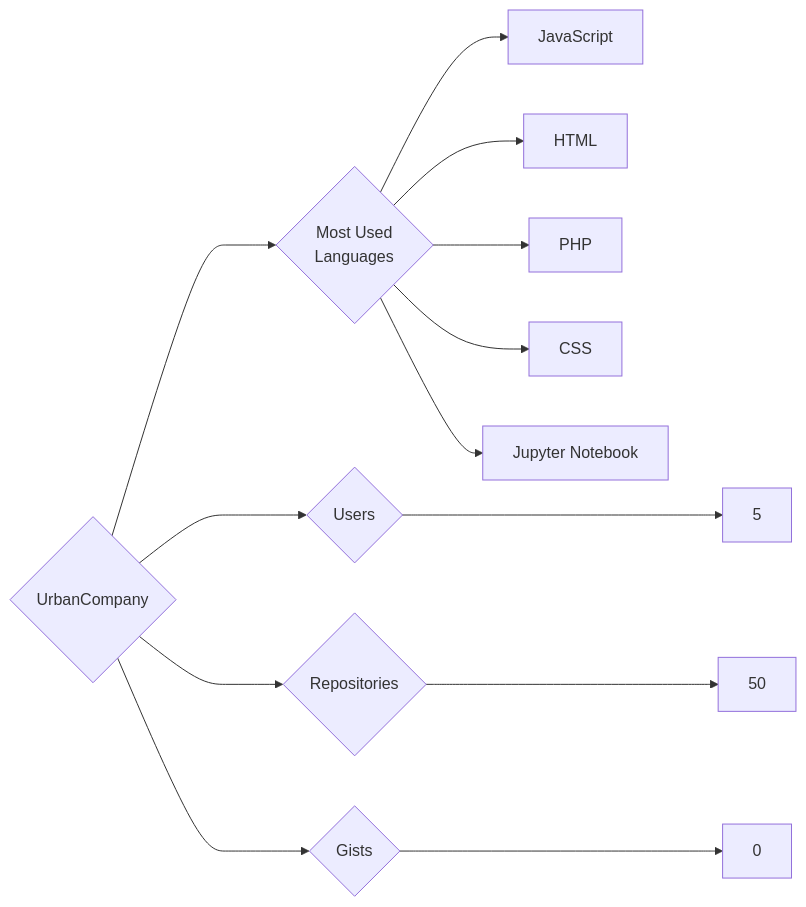
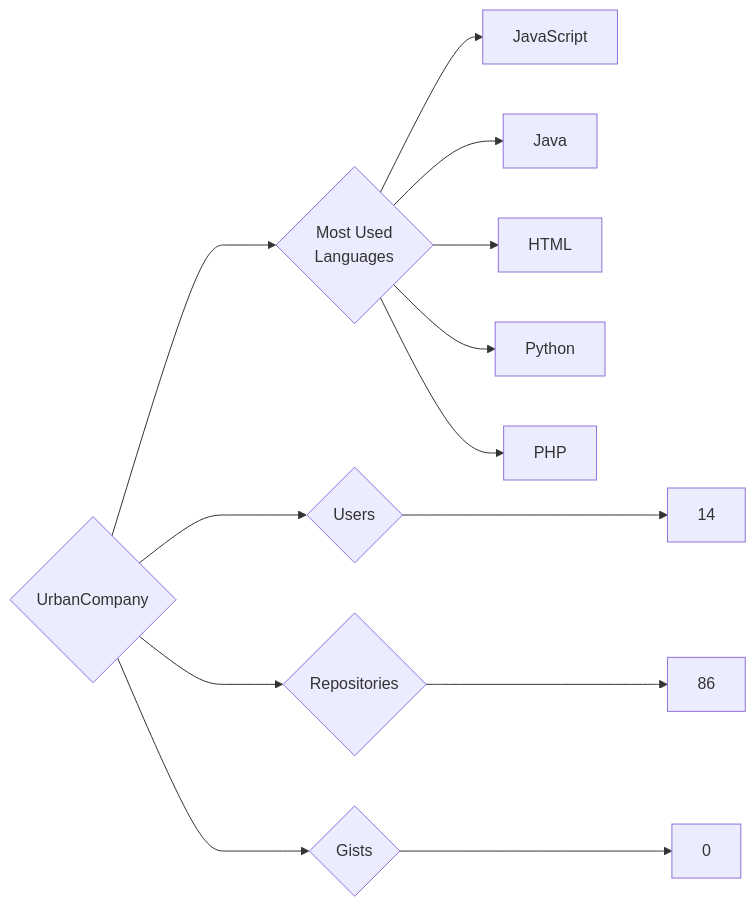
Before and after one commit to trickest/insiders: the diagram in targets/UrbanCompany/README.md, drawn with Mermaid. The commit also changed 886 other files, not shown here.

````diff
--- a/targets/UrbanCompany/README.md
+++ b/targets/UrbanCompany/README.md
@@ -3,13 +3,13 @@
 ```mermaid
 graph LR
 COMPANY_NAME{UrbanCompany}
-COMPANY_NAME ---> U{Users} ---> UN[5]
-COMPANY_NAME ---> R{Repositories} ---> RN[50]
+COMPANY_NAME ---> U{Users} ---> UN[14]
+COMPANY_NAME ---> R{Repositories} ---> RN[86]
 COMPANY_NAME ---> G{Gists} ---> GN[0]
 COMPANY_NAME ---> ML{Most Used<br>Languages}
 ML --> JavaScript[JavaScript]
+ML --> Java[Java]
 ML --> HTML[HTML]
+ML --> Python[Python]
 ML --> PHP[PHP]
-ML --> CSS[CSS]
-ML --> Jupyter_Notebook[Jupyter Notebook]
 ```
````
